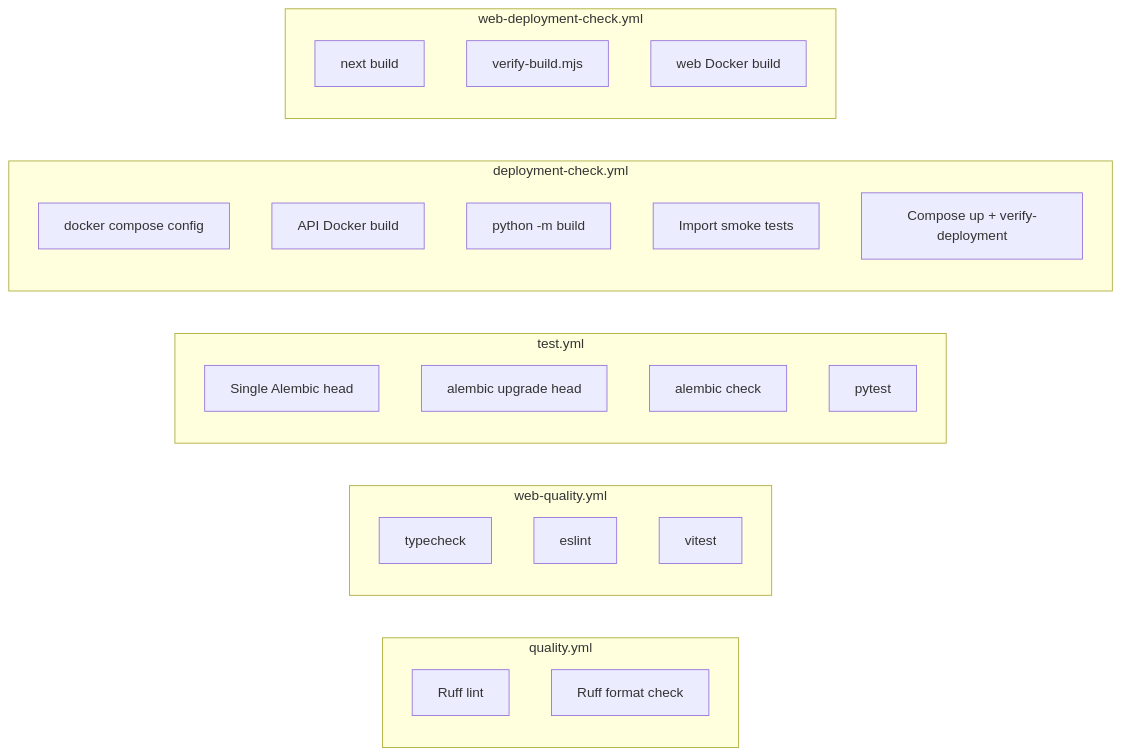
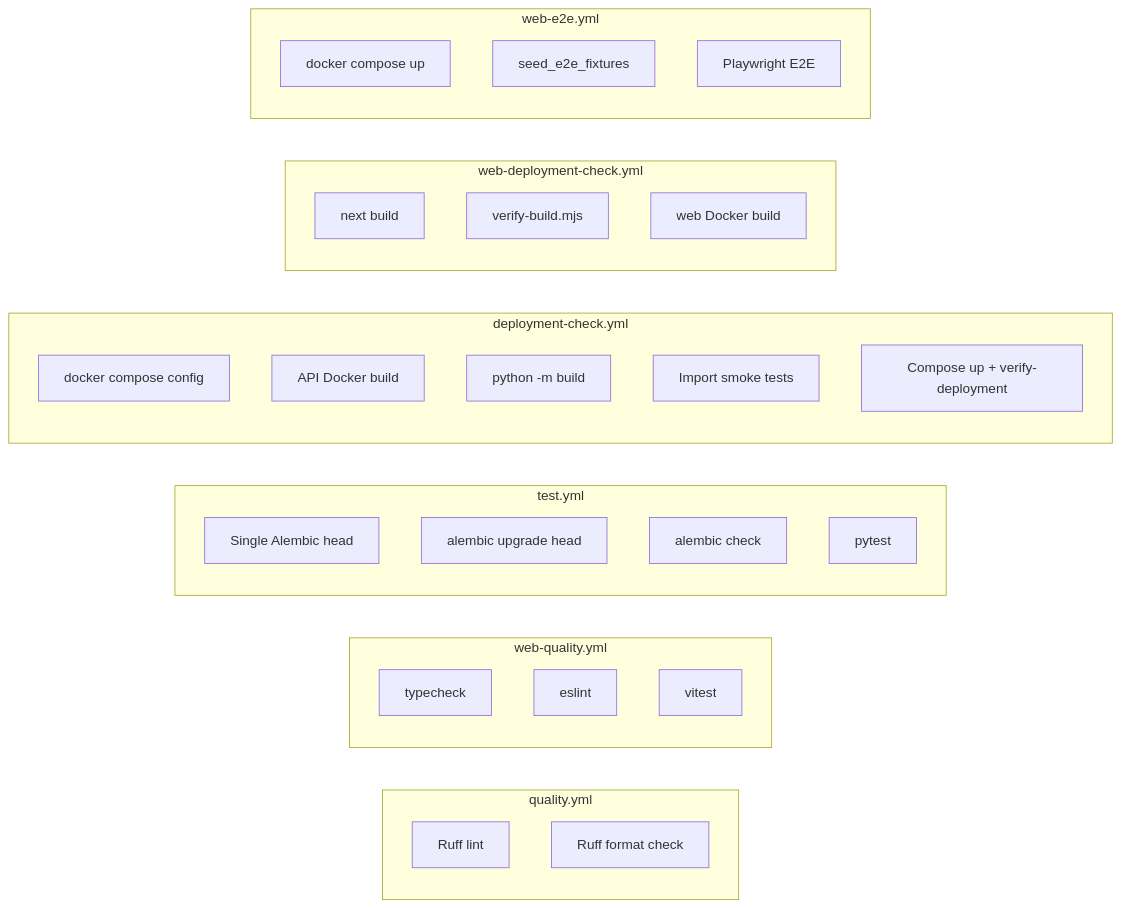
One commit to SandeebAdhikari/venture-studio changed the diagram in docs/ci.md. Above: the diagram before and after it, drawn with Mermaid. The commit also changed other lines of this file and 20 other files, not shown here.

````diff
--- a/docs/ci.md
+++ b/docs/ci.md
@@ -20,34 +21,40 @@
 ```mermaid
 flowchart LR
   subgraph quality [quality.yml]
     RuffLint[Ruff lint]
     RuffFmt[Ruff format check]
   end
 
   subgraph webQuality [web-quality.yml]
     TS[typecheck]
     ESLint[eslint]
     Vitest[vitest]
   end
 
   subgraph test [test.yml]
     MigHead[Single Alembic head]
     MigUp[alembic upgrade head]
     MigCheck[alembic check]
     Pytest[pytest]
   end
 
   subgraph deploy [deployment-check.yml]
     Compose[docker compose config]
     DockerBuild[API Docker build]
     PkgBuild[python -m build]
     ImportCheck[Import smoke tests]
     ComposeSmoke[Compose up + verify-deployment]
   end
 
   subgraph webDeploy [web-deployment-check.yml]
     NextBuild[next build]
     VerifyRoutes[verify-build.mjs]
     WebDocker[web Docker build]
   end
+
+  subgraph webE2e [web-e2e.yml]
+    ComposeE2E[docker compose up]
+    SeedE2E[seed_e2e_fixtures]
+    Playwright[Playwright E2E]
+  end
 ```
````
